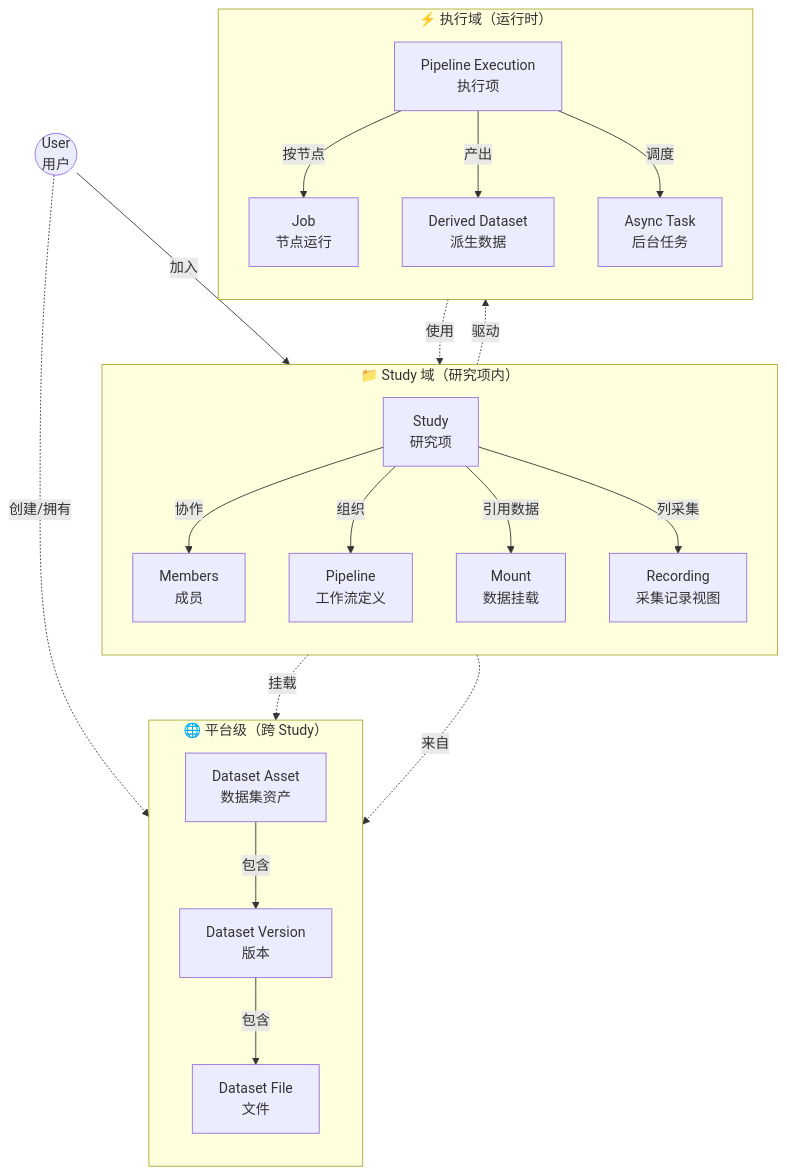
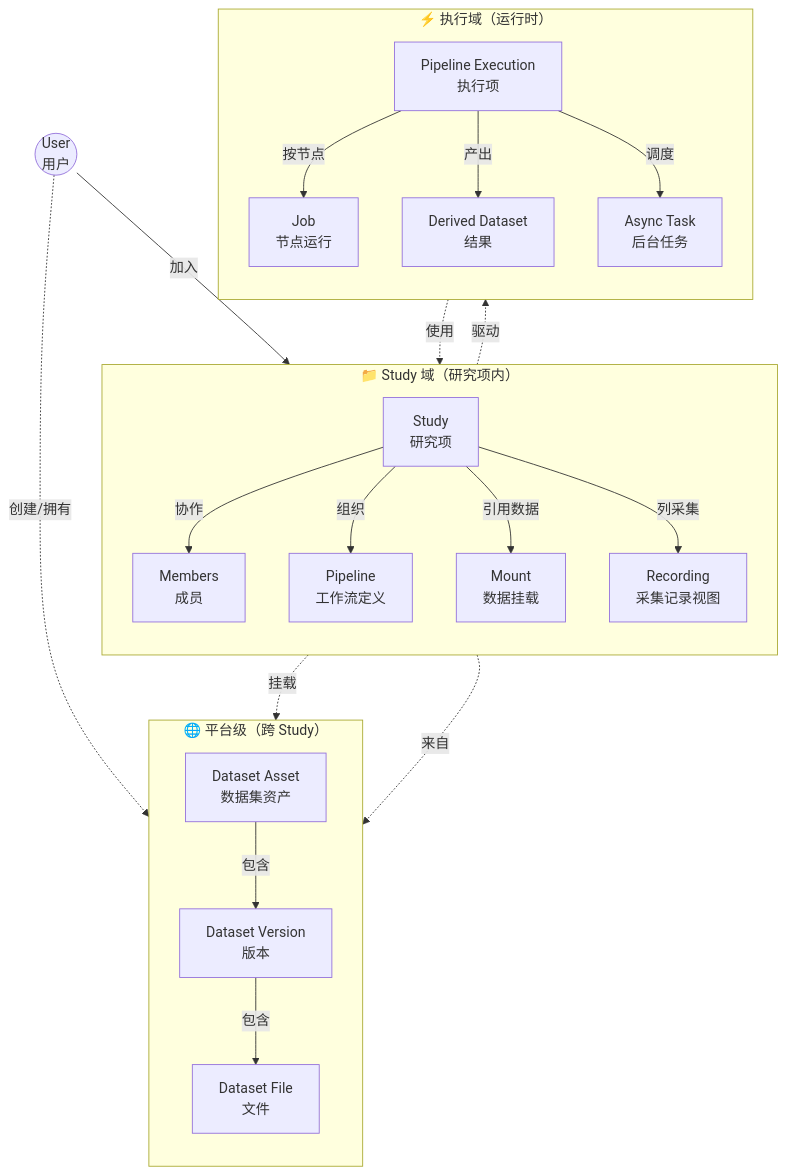
The second of 3 diagrams in wiki/docs/7-20-后端API设计与三端调用模型.md (NoraJinxy/Niantong_GH_version), drawn with Mermaid before and after one commit. The commit also changed other lines of this file and 21 other files, not shown here.

````diff
--- a/wiki/docs/7-20-后端API设计与三端调用模型.md
+++ b/wiki/docs/7-20-后端API设计与三端调用模型.md
@@ -158,46 +158,46 @@
 ```mermaid
 flowchart TB
     User((User<br/>用户))
 
     subgraph PlatformLayer["🌐 平台级（跨 Study）"]
         direction TB
         Asset[Dataset Asset<br/>数据集资产]
         Version[Dataset Version<br/>版本]
         File[Dataset File<br/>文件]
         Asset -->|包含| Version
         Version -->|包含| File
     end
 
     subgraph StudyLayer["📁 Study 域（研究项内）"]
         direction TB
         Study[Study<br/>研究项]
         Members[Members<br/>成员]
         Pipeline[Pipeline<br/>工作流定义]
         Mount[Mount<br/>数据挂载]
         Recording[Recording<br/>采集记录视图]
 
         Study -->|协作| Members
         Study -->|组织| Pipeline
         Study -->|引用数据| Mount
         Study -->|列采集| Recording
     end
 
     subgraph ExecLayer["⚡ 执行域（运行时）"]
         direction TB
         Execution[Pipeline Execution<br/>执行项]
         Job[Job<br/>节点运行]
-        Derived[Derived Dataset<br/>派生数据]
+        Derived[Derived Dataset<br/>结果]
         Task[Async Task<br/>后台任务]
 
         Execution -->|按节点| Job
         Execution -->|产出| Derived
         Execution -->|调度| Task
     end
 
     User -->|加入| Study
     User -.->|创建/拥有| Asset
     Mount -.->|挂载| Asset
     Recording -.->|来自| Asset
     Pipeline -.->|驱动| Execution
     Execution -.->|使用| Mount
 ```
````
